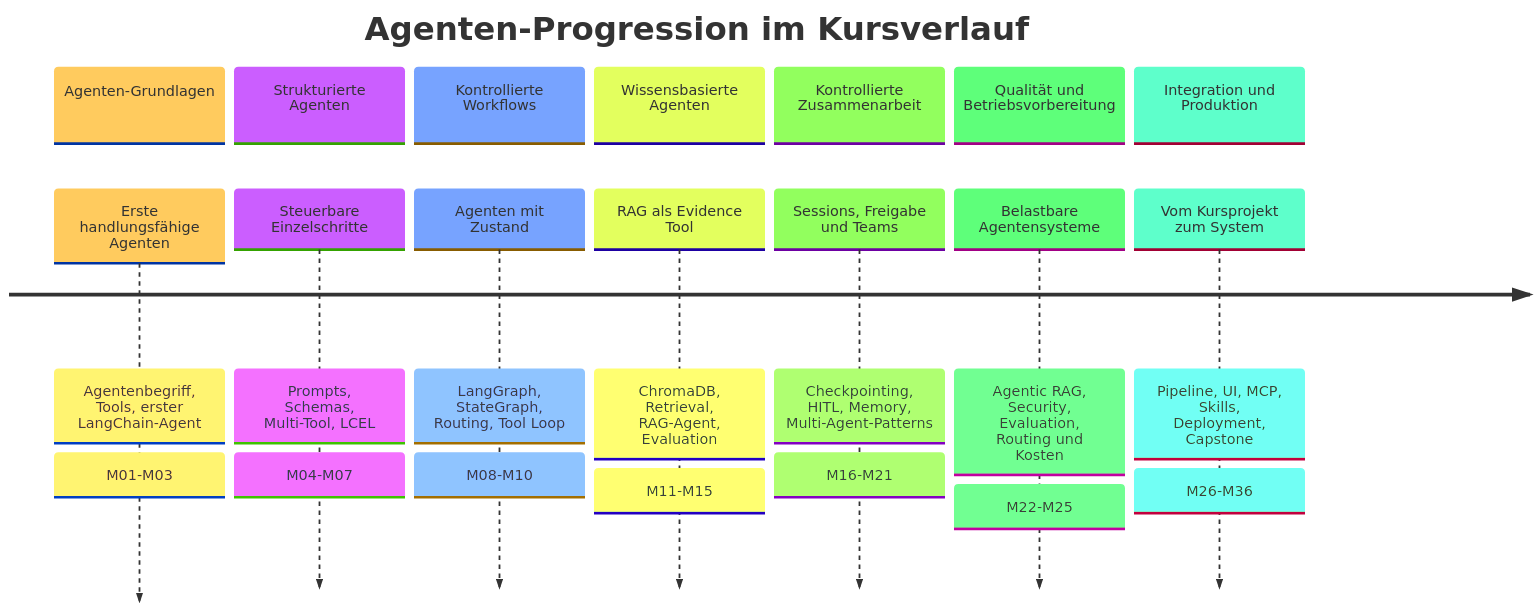
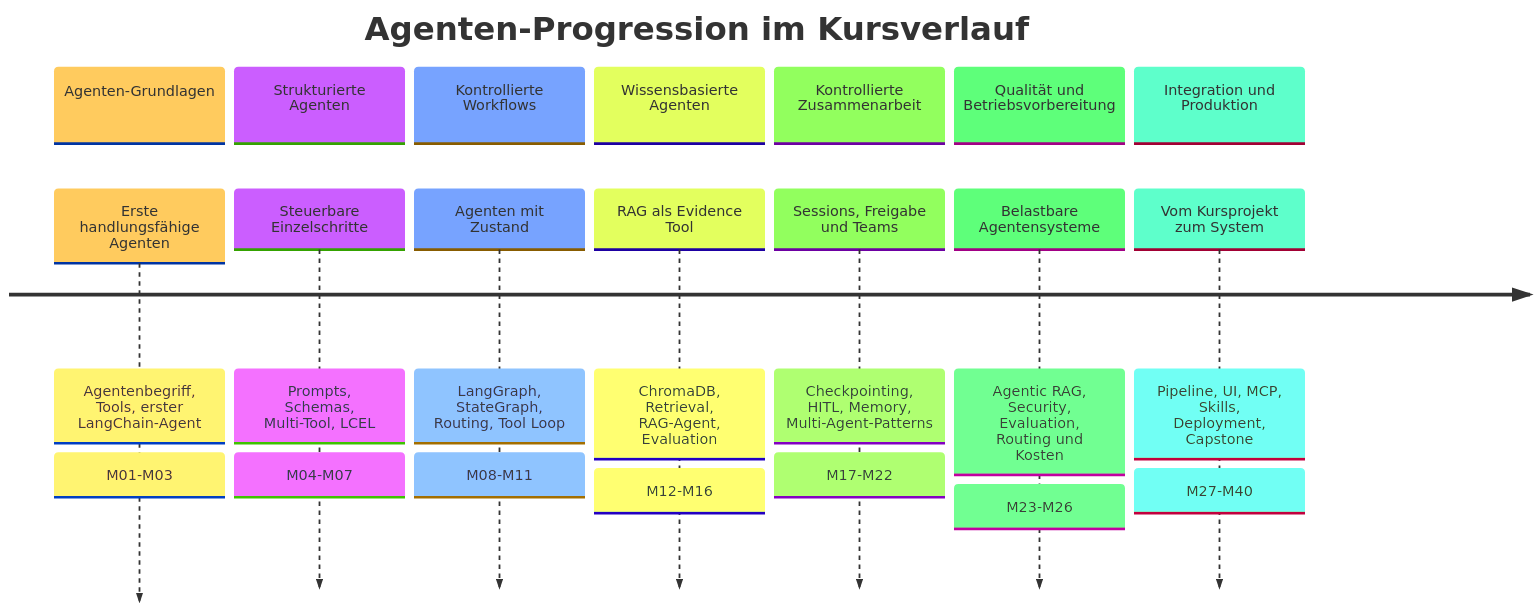
Before and after one commit to ralf-42/Agenten: the diagram in docs/02-orientierung-entscheidung/kursueberblick.md, drawn with Mermaid. The commit also changed other lines of this file and 45 other files, not shown here.

````diff
--- a/docs/02-orientierung-entscheidung/kursueberblick.md
+++ b/docs/02-orientierung-entscheidung/kursueberblick.md
@@ -73,36 +73,36 @@
 ```mermaid
 %%{init: {
   'theme': 'base',
   'themeVariables': {
     'timelineLineColor': '#2e7d32',
     'sectionBkgColor': '#c8e6c9',
     'sectionTextColor': '#1b5e20',
     'containerBkgColor': '#f9f9f9',
     'taskBkgColor': '#e8f5e9',
     'taskTextColor': '#1b5e20'
   }
 }}%%
 timeline
     title Agenten-Progression im Kursverlauf
     section Agenten-Grundlagen
         Erste handlungsfähige Agenten : Agentenbegriff, Tools, erster LangChain-Agent
                                      : M01-M03
     section Strukturierte Agenten
         Steuerbare Einzelschritte     : Prompts, Schemas, Multi-Tool, LCEL
                                      : M04-M07
     section Kontrollierte Workflows
         Agenten mit Zustand           : LangGraph, StateGraph, Routing, Tool Loop
-                                     : M08-M10
+                                     : M08-M11
     section Wissensbasierte Agenten
         RAG als Evidence Tool         : ChromaDB, Retrieval, RAG-Agent, Evaluation
-                                     : M11-M15
+                                     : M12-M16
     section Kontrollierte Zusammenarbeit
         Sessions, Freigabe und Teams  : Checkpointing, HITL, Memory, Multi-Agent-Patterns
-                                     : M16-M21
+                                     : M17-M22
     section Qualität und Betriebsvorbereitung
         Belastbare Agentensysteme     : Agentic RAG, Security, Evaluation, Routing und Kosten
-                                     : M22-M25
+                                     : M23-M26
     section Integration und Produktion
         Vom Kursprojekt zum System    : Pipeline, UI, MCP, Skills, Deployment, Capstone
-                                     : M26-M36
+                                     : M27-M40
 ```
````
